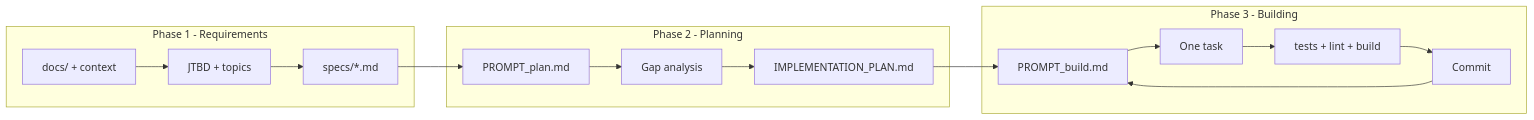
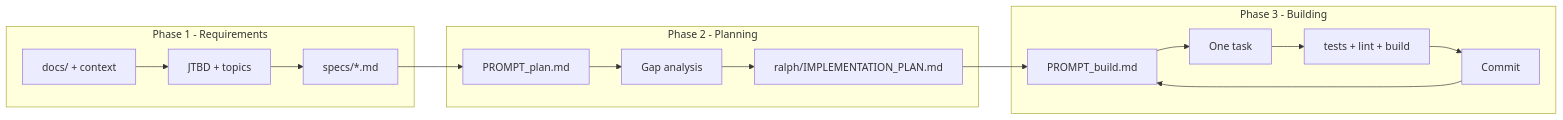
Before and after one commit to Renillacmane/medicalAgent: the diagram in docs/ralph-wiggum-loop.md, drawn with Mermaid. The commit also changed other lines of this file and 9 other files, not shown here.

First line of the commit message:
docs(ralph): move implementation plan to ralph/ and add history folder

````diff
--- a/docs/ralph-wiggum-loop.md
+++ b/docs/ralph-wiggum-loop.md
@@ -343,28 +352,28 @@
 ```mermaid
 flowchart LR
   subgraph phase1 [Phase 1 - Requirements]
     Docs[docs/ + context]
     JTBD[JTBD + topics]
     Specs[specs/*.md]
     Docs --> JTBD --> Specs
   end
 
   subgraph phase2 [Phase 2 - Planning]
     PlanPrompt[PROMPT_plan.md]
     Gap[Gap analysis]
-    Plan[IMPLEMENTATION_PLAN.md]
+    Plan[ralph/IMPLEMENTATION_PLAN.md]
     PlanPrompt --> Gap --> Plan
   end
 
   subgraph phase3 [Phase 3 - Building]
     BuildPrompt[PROMPT_build.md]
     Task[One task]
     Backpressure[tests + lint + build]
     Commit[Commit]
     BuildPrompt --> Task --> Backpressure --> Commit
   end
 
   Specs --> PlanPrompt
   Plan --> BuildPrompt
   Commit --> BuildPrompt
 ```
````
